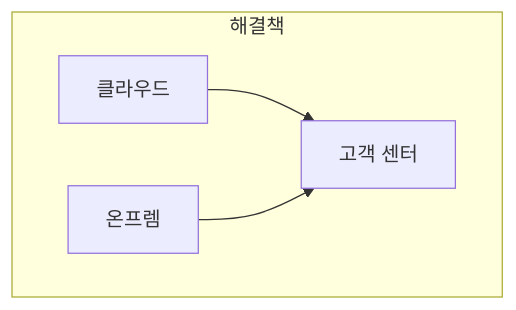
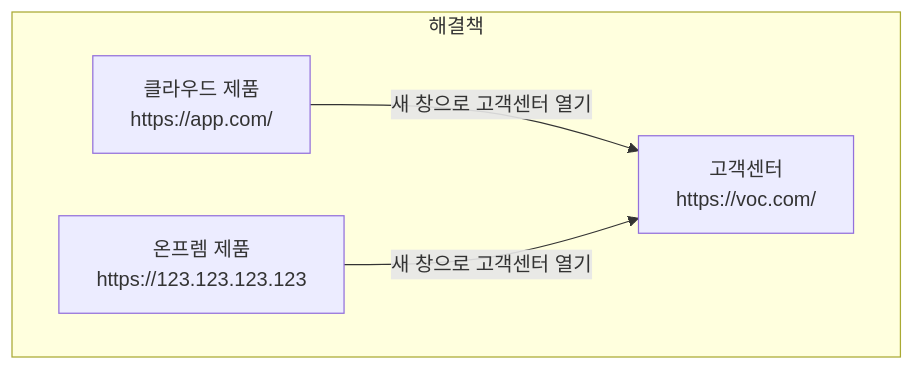
Before and after one commit to arch-spatula/arch-spatula.github.io: the first of 3 diagrams in blogs/2026-04-15/2026-04-15.md, drawn with Mermaid. The commit also changed other lines of this file and 10 other files, not shown here.

````diff
--- a/blogs/2026-04-15/2026-04-15.md
+++ b/blogs/2026-04-15/2026-04-15.md
@@ -43,10 +42,10 @@
 ```mermaid
 flowchart TB
     subgraph Init["해결책"]
-        B1["클라우드"]
-        B2["온프렘"]
-        B["고객 센터"]
-        B1 --> B
-        B2 --> B
+        B1["클라우드 제품<br/>https://app.com/"]
+        B2["온프렘 제품<br/>https://123.123.123.123"]
+        B["고객센터<br/>https://voc.com/"]
+        B1 -->|새 창으로 고객센터 열기| B
+        B2 -->|새 창으로 고객센터 열기| B
     end
 ```
````
